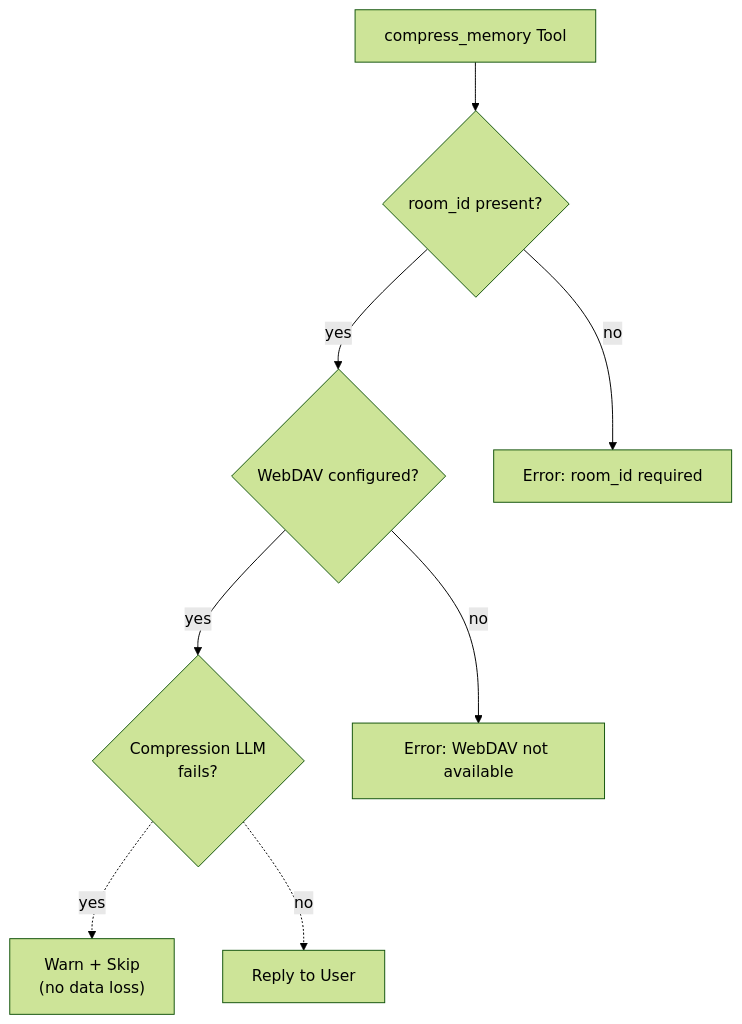
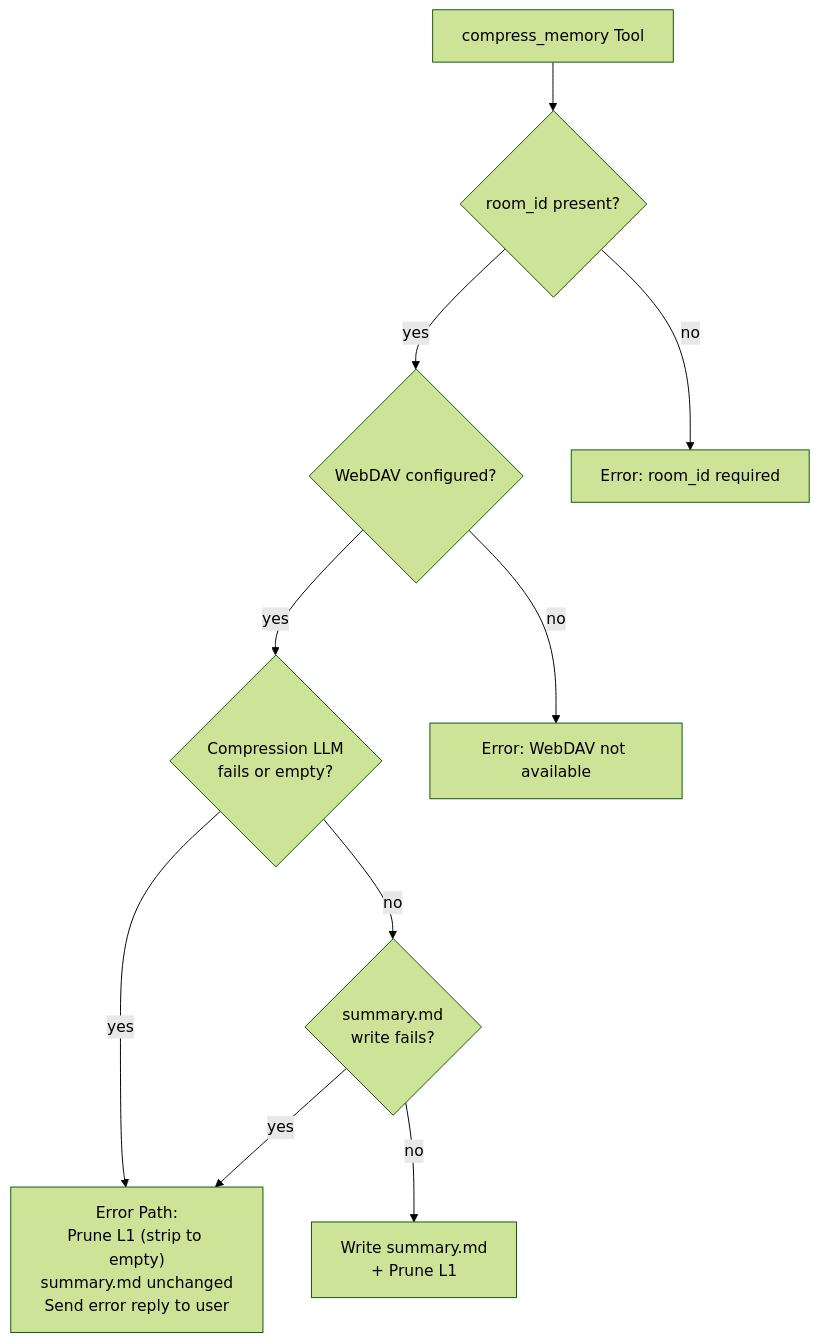
The second of 2 diagrams in _dfd/tools/compress-memory.md (cosmoswafer/rockbot), drawn with Mermaid (forest theme) before and after one commit. The commit also changed other lines of this file and 5 other files, not shown here.

First line of the commit message:
fix(compression): remove placeholder fallback, send error reply, always prune on failure

````diff
--- a/_dfd/tools/compress-memory.md
+++ b/_dfd/tools/compress-memory.md
@@ -92,19 +92,22 @@
 ```mermaid
 flowchart TD
     TOOL[compress_memory Tool]
     NO_ROOM{room_id present?}
     NO_WEBDAV{WebDAV configured?}
-    LLM_FAIL{Compression LLM<br/>fails?}
+    LLM_FAIL{Compression LLM<br/>fails or empty?}
+    WRITE_FAIL{summary.md<br/>write fails?}
     ERR_PARSE["Error: room_id required"]
     ERR_NODAV["Error: WebDAV not available"]
-    FALLBACK["Warn + Skip<br/>(no data loss)"]
-    REPLY[Reply to User]
+    ERROR_PATH["Error Path:<br/>Prune L1 (strip to empty)<br/>summary.md unchanged<br/>Send error reply to user"]
+    REPLY[Write summary.md<br/>+ Prune L1]
 
     TOOL --> NO_ROOM
     NO_ROOM -->|"no"| ERR_PARSE
     NO_ROOM -->|"yes"| NO_WEBDAV
     NO_WEBDAV -->|"no"| ERR_NODAV
     NO_WEBDAV -->|"yes"| LLM_FAIL
-    LLM_FAIL -.->|"yes"| FALLBACK
-    LLM_FAIL -.->|"no"| REPLY
+    LLM_FAIL -->|"yes"| ERROR_PATH
+    LLM_FAIL -->|"no"| WRITE_FAIL
+    WRITE_FAIL -->|"yes"| ERROR_PATH
+    WRITE_FAIL -->|"no"| REPLY
 ```
````
